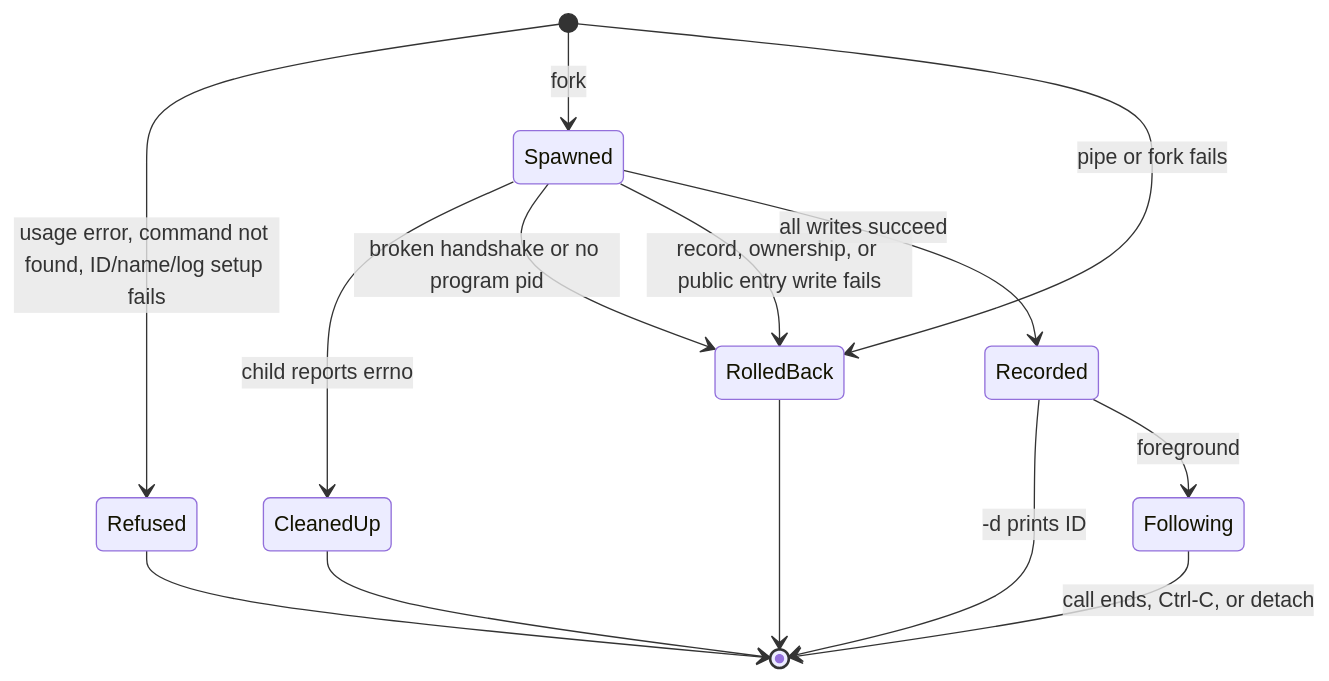
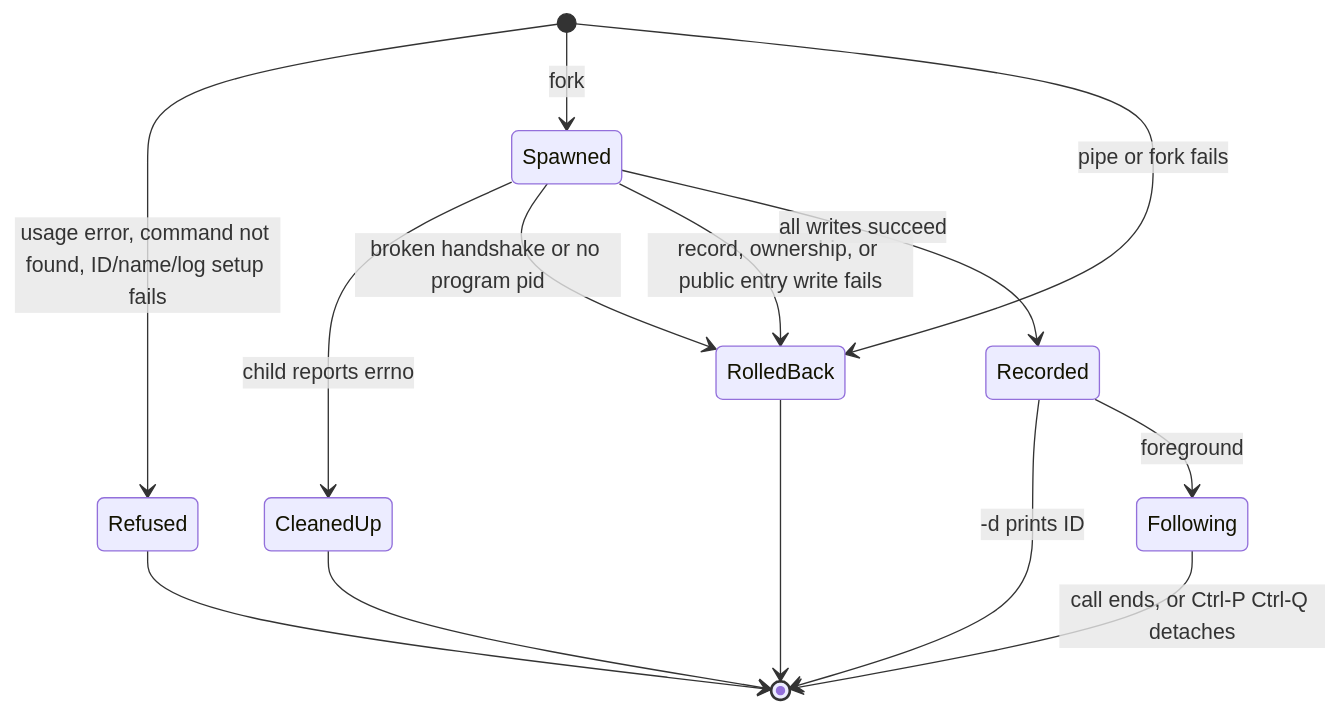
Before and after one commit to RchGrav/callbox: the second of 2 diagrams in docs/launcher.md, drawn with Mermaid. The commit also changed other lines of this file and 39 other files, not shown here.

````diff
--- a/docs/launcher.md
+++ b/docs/launcher.md
@@ -107,16 +110,16 @@
 ```mermaid
 stateDiagram-v2
     [*] --> Refused: usage error, command not found, ID/name/log setup fails
     [*] --> Spawned: fork
     [*] --> RolledBack: pipe or fork fails
     Spawned --> CleanedUp: child reports errno
     Spawned --> RolledBack: broken handshake or no program pid
     Spawned --> RolledBack: record, ownership, or public entry write fails
     Spawned --> Recorded: all writes succeed
     Recorded --> [*]: -d prints ID
     Recorded --> Following: foreground
-    Following --> [*]: call ends, Ctrl-C, or detach
+    Following --> [*]: call ends, or Ctrl-P Ctrl-Q detaches
     Refused --> [*]
     CleanedUp --> [*]
     RolledBack --> [*]
 ```
````
